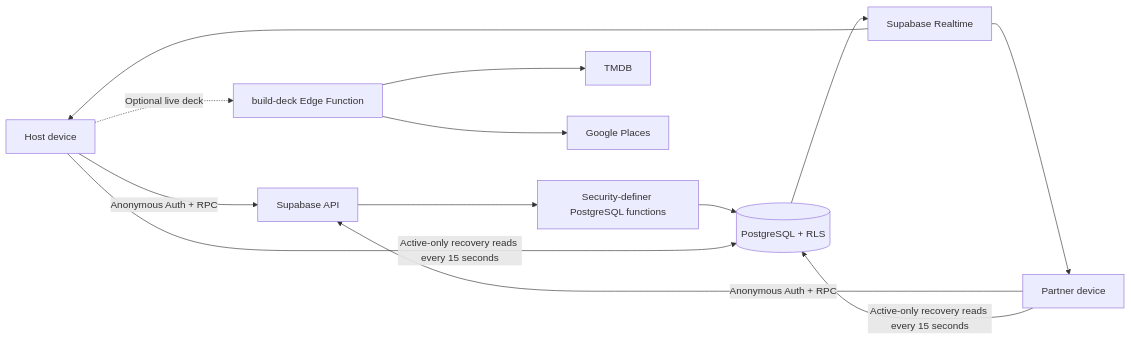
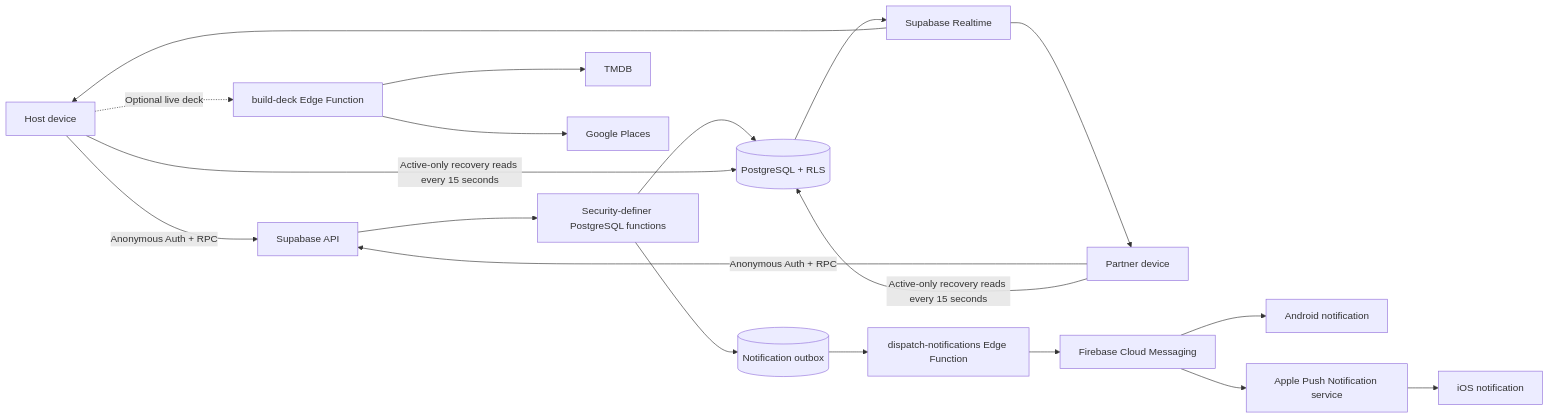
One commit to pa-mi-su/choosr-platform changed the diagram in README.md. Above: the diagram before and after it, drawn with Mermaid. The commit also changed other lines of this file and 27 other files, not shown here.

Commit message:
feat: add native push notification delivery

````diff
--- a/README.md
+++ b/README.md
@@ -72,15 +74,21 @@
 ```mermaid
 flowchart LR
     Host["Host device"] -->|"Anonymous Auth + RPC"| API["Supabase API"]
     Partner["Partner device"] -->|"Anonymous Auth + RPC"| API
     API --> RPC["Security-definer PostgreSQL functions"]
     RPC --> DB[("PostgreSQL + RLS")]
     DB --> RT["Supabase Realtime"]
     RT --> Host
     RT --> Partner
     Host -->|"Active-only recovery reads every 15 seconds"| DB
     Partner -->|"Active-only recovery reads every 15 seconds"| DB
     Host -.->|"Optional live deck"| Edge["build-deck Edge Function"]
     Edge --> TMDB["TMDB"]
     Edge --> Places["Google Places"]
+    RPC --> Outbox[("Notification outbox")]
+    Outbox --> PushWorker["dispatch-notifications Edge Function"]
+    PushWorker --> FCM["Firebase Cloud Messaging"]
+    FCM --> Android["Android notification"]
+    FCM --> APNs["Apple Push Notification service"]
+    APNs --> iOS["iOS notification"]
 ```
````
